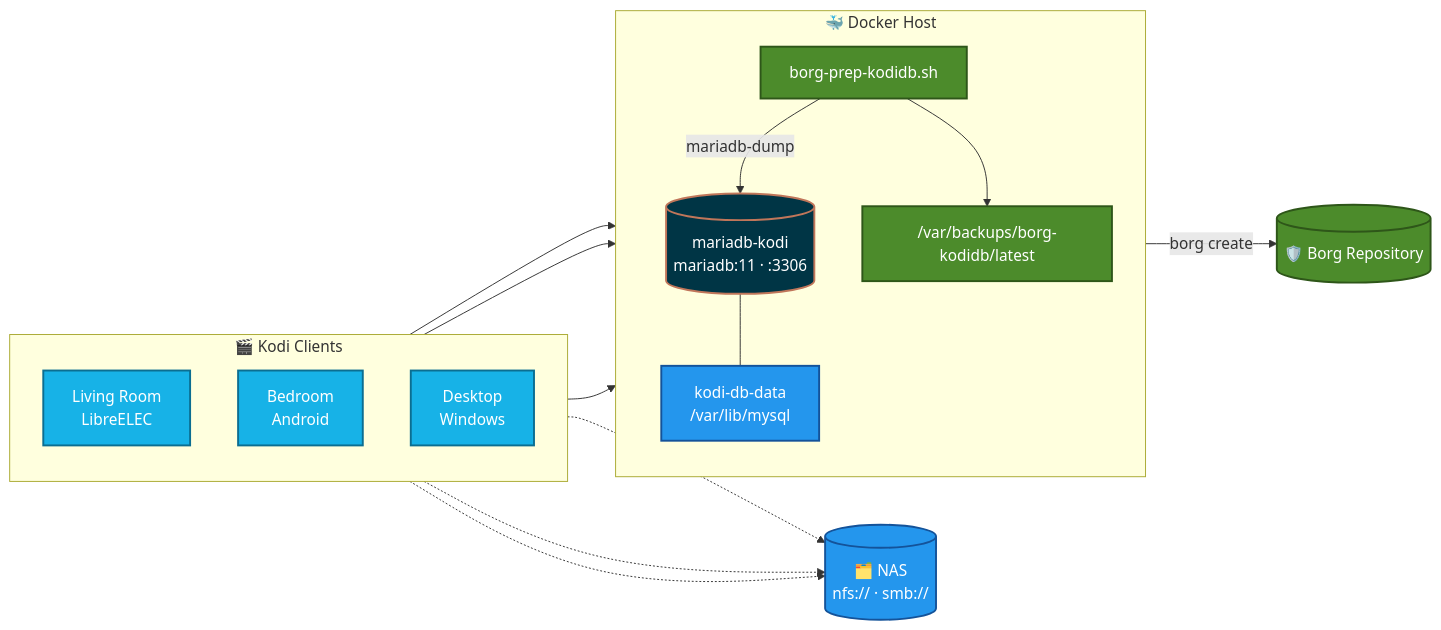
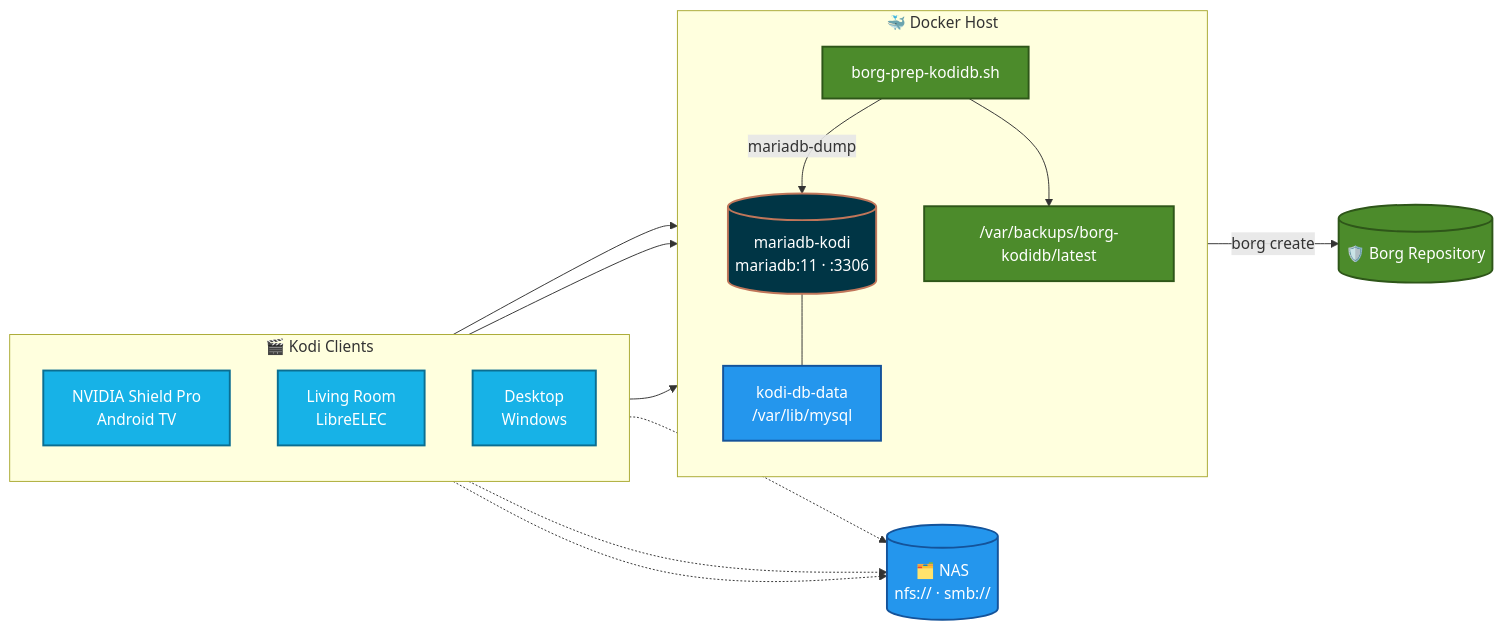
Before and after one commit to BladerunnerxRC/Docker: the diagram in KodiDB/README.md, drawn with Mermaid. The commit also changed other lines of this file and 1 other file, not shown here.

First line of the commit message:
docs(KodiDB): document NVIDIA Shield Pro as a Kodi client

````diff
--- a/KodiDB/README.md
+++ b/KodiDB/README.md
@@ -44,42 +44,42 @@
 ```mermaid
 flowchart LR
     subgraph clients["🎬 Kodi Clients"]
         direction TB
-        K1["Living Room<br/>LibreELEC"]
-        K2["Bedroom<br/>Android"]
+        K1["NVIDIA Shield Pro<br/>Android TV"]
+        K2["Living Room<br/>LibreELEC"]
         K3["Desktop<br/>Windows"]
     end
 
     NAS[("🗂️ NAS<br/>nfs:// · smb://")]
 
     subgraph host["🐳 Docker Host"]
         direction TB
         DB[("mariadb-kodi<br/>mariadb:11 · :3306")]
         VOL["kodi-db-data<br/>/var/lib/mysql"]
         HOOK["borg-prep-kodidb.sh"]
         STAGE["/var/backups/borg-kodidb/latest"]
     end
 
     REPO[("🛡️ Borg Repository")]
 
     K1 --> DB
     K2 --> DB
     K3 --> DB
     K1 -.-> NAS
     K2 -.-> NAS
     K3 -.-> NAS
     DB --- VOL
     HOOK -->|mariadb-dump| DB
     HOOK --> STAGE
     STAGE -->|borg create| REPO
 
     classDef client fill:#17B2E7,stroke:#0B6E91,stroke-width:2px,color:#fff
     classDef database fill:#003545,stroke:#C0765A,stroke-width:2px,color:#fff
     classDef storage fill:#2496ED,stroke:#14539A,stroke-width:2px,color:#fff
     classDef backup fill:#4C8B2B,stroke:#2E5619,stroke-width:2px,color:#fff
 
     class K1,K2,K3 client
     class DB database
     class VOL,NAS storage
     class HOOK,STAGE,REPO backup
 ```
````
